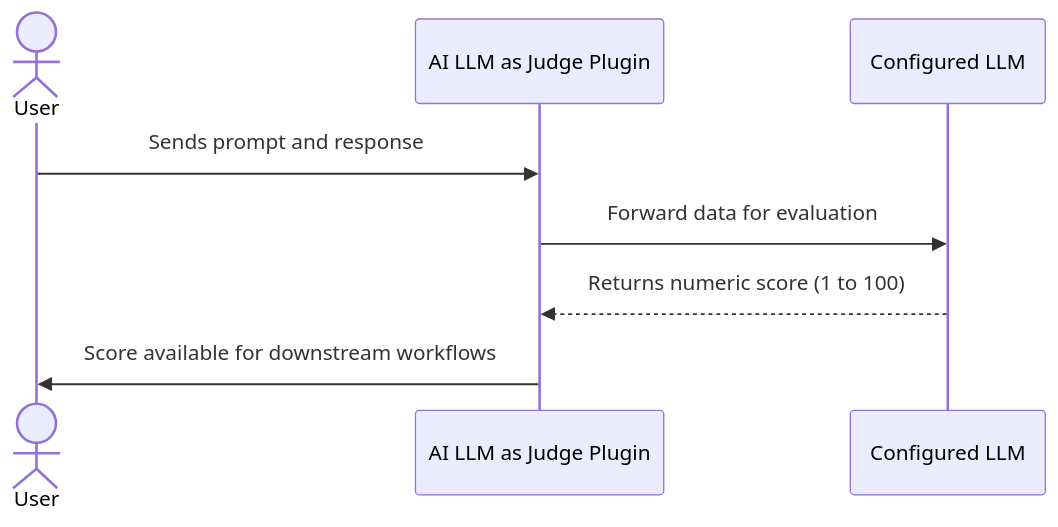
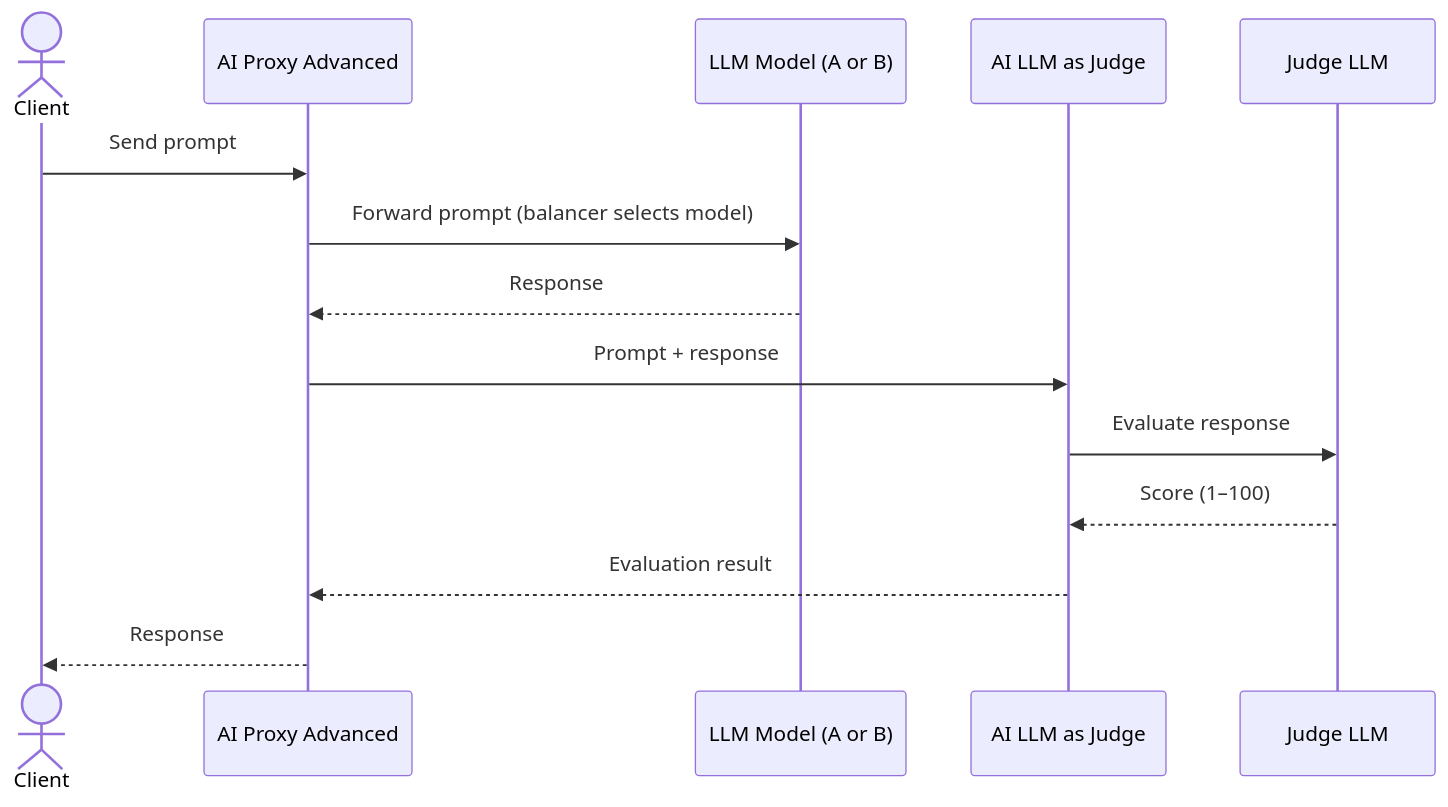
One commit to Kong/developer.konghq.com changed the diagram in app/_kong_plugins/ai-llm-as-judge/index.md. Above: the diagram before and after it, drawn with Mermaid. The commit also changed 1 other file, not shown here.

Commit message:
fix(ai-gateway): AI LLM as judge (#4002)

```diff
--- a/app/_kong_plugins/ai-llm-as-judge/index.md
+++ b/app/_kong_plugins/ai-llm-as-judge/index.md
@@ -87,11 +87,17 @@
 {% mermaid %}
 sequenceDiagram
-    actor User as User
-    participant Plugin as AI LLM as Judge Plugin
-    participant LLM as Configured LLM
+    actor Client
+    participant AIP as AI Proxy Advanced
+    participant LLM as LLM Model (A or B)
+    participant Judge as AI LLM as Judge
+    participant JudgeLLM as Judge LLM
 
-    User->>Plugin: Sends prompt and response
-    Plugin->>LLM: Forward data for evaluation
-    LLM-->>Plugin: Returns numeric score (1 to 100)
-    Plugin->>User: Score available for downstream workflows
+    Client->>AIP: Send prompt
+    AIP->>LLM: Forward prompt (balancer selects model)
+    LLM-->>AIP: Response
+    AIP->>Judge: Prompt + response
+    Judge->>JudgeLLM: Evaluate response
+    JudgeLLM-->>Judge: Score (1–100)
+    Judge-->>AIP: Evaluation result
+    AIP-->>Client: Response
 {% endmermaid %}
```
